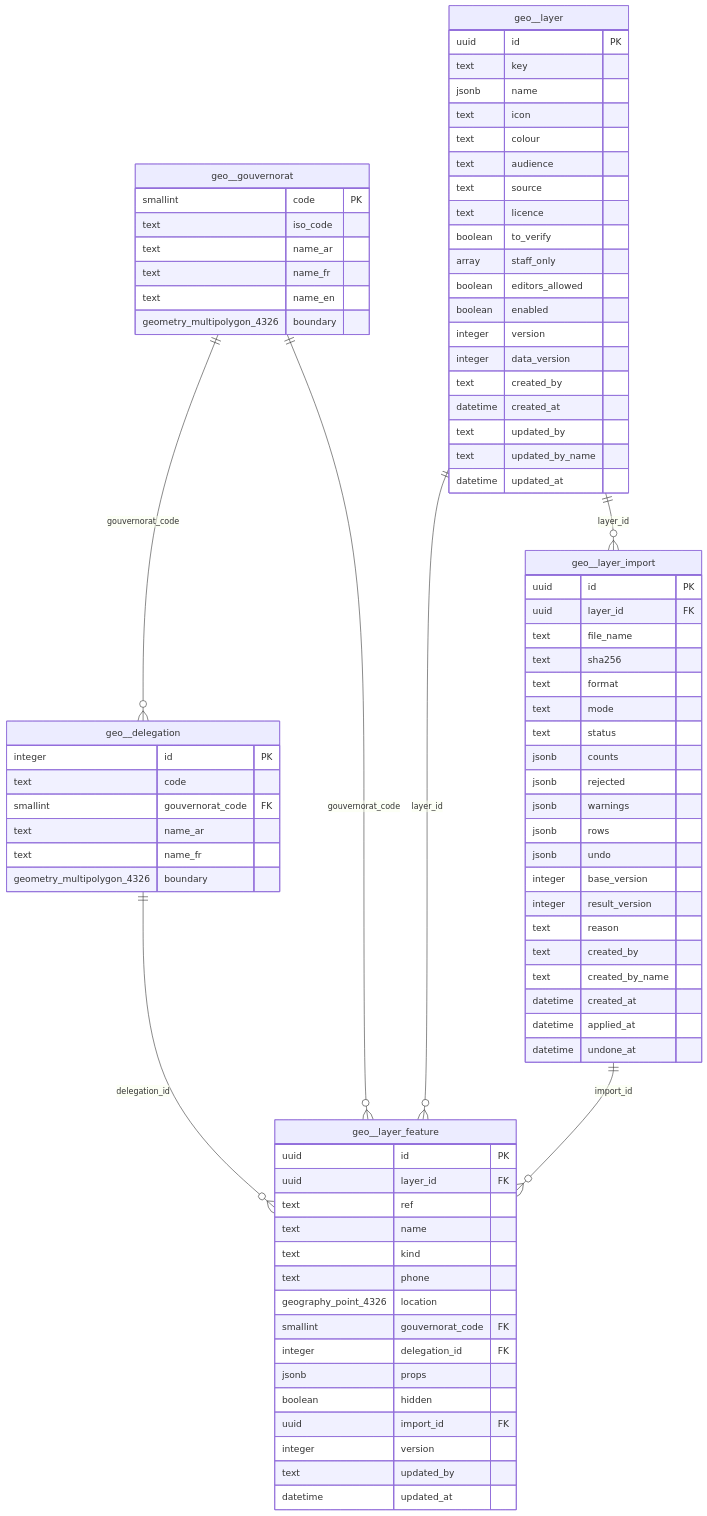
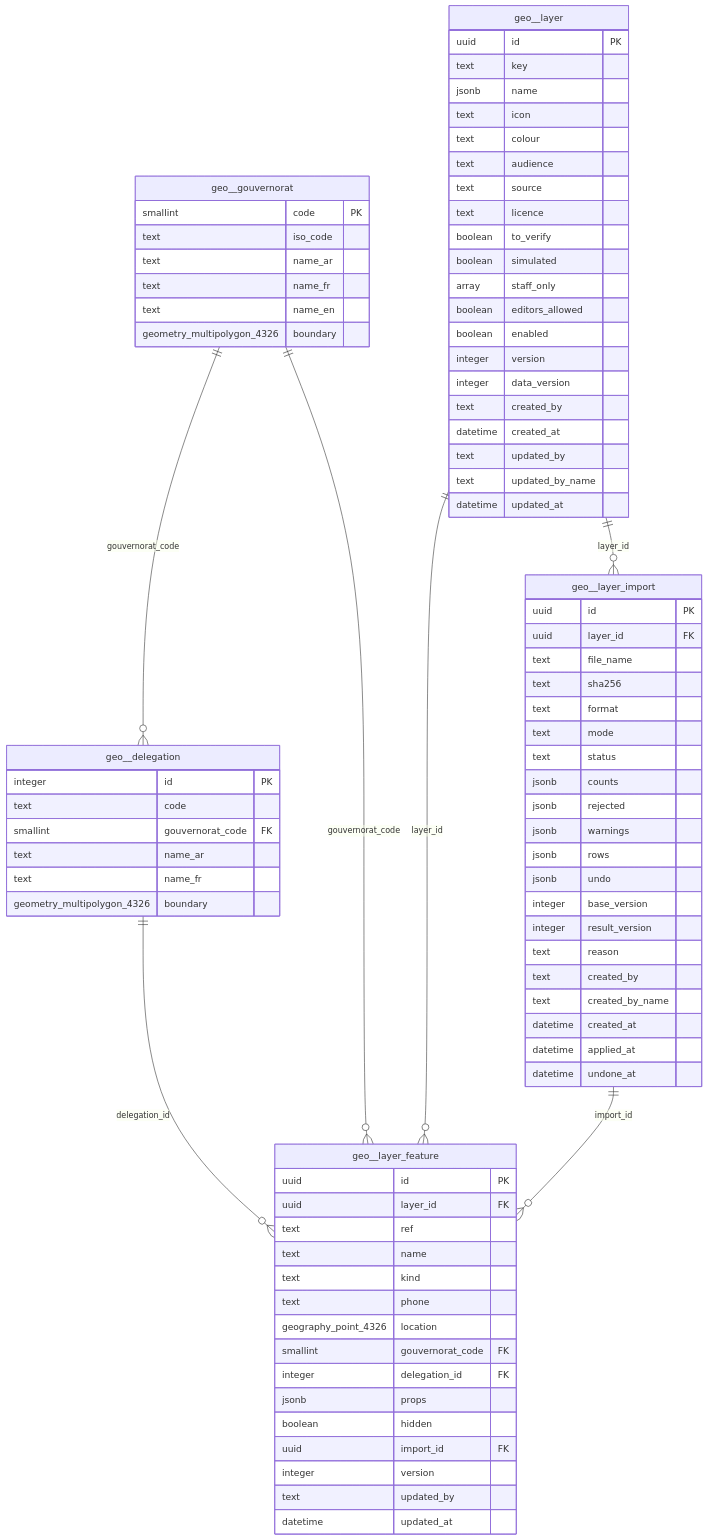
Before and after one commit to mouhabouk/E-HIMAYA: the ninth of 18 diagrams in docs/erd.md, drawn with Mermaid. The commit also changed 14 other files, not shown here.

```diff
--- a/docs/erd.md
+++ b/docs/erd.md
@@ -337,6 +337,7 @@
         text source
         text licence
         boolean to_verify
+        boolean simulated
         array staff_only
         boolean editors_allowed
         boolean enabled
```
